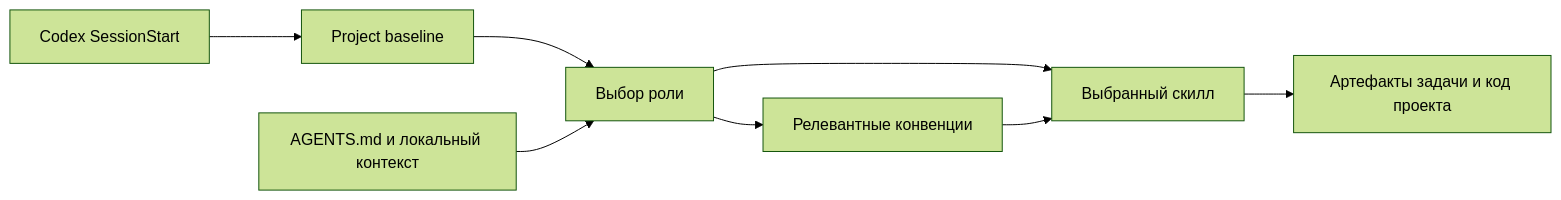
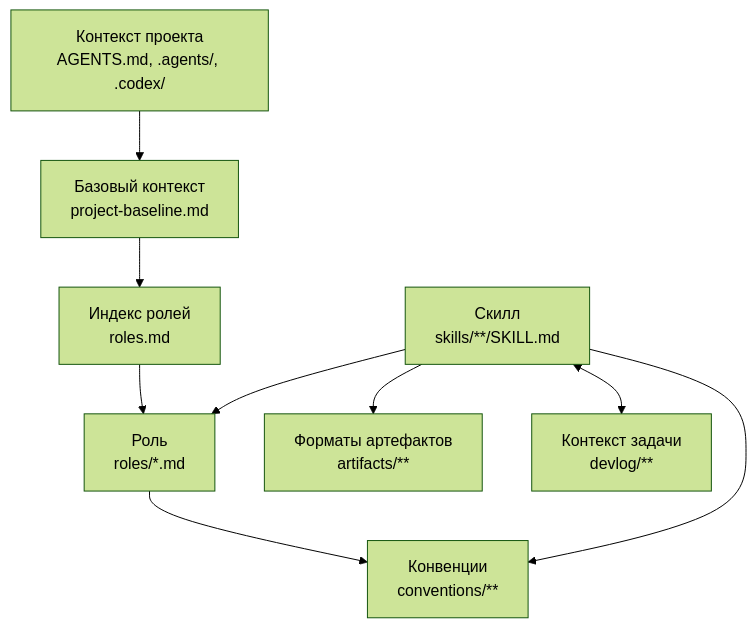
The diagram in README.md (ergonomic-code/dot-agents), drawn with Mermaid (forest theme) before and after one commit. The commit also changed other lines of this file, not shown here.

````diff
--- a/README.md
+++ b/README.md
@@ -124,10 +125,11 @@
 ```mermaid
-flowchart LR
-    Hook[Codex SessionStart] --> Baseline[Project baseline]
-    Baseline --> Role[Выбор роли]
-    Project[AGENTS.md и локальный контекст] --> Role
-    Role --> Conventions[Релевантные конвенции]
-    Role --> Skill[Выбранный скилл]
-    Conventions --> Skill
-    Skill --> Task[Артефакты задачи и код проекта]
+flowchart TD
+    Project[Контекст проекта<br/>AGENTS.md, .agents/, .codex/] --> Baseline[Базовый контекст<br/>project-baseline.md]
+    Baseline --> Roles[Индекс ролей<br/>roles.md]
+    Roles --> Role[Роль<br/>roles/*.md]
+    Role --> Conventions[Конвенции<br/>conventions/**]
+    Skill[Скилл<br/>skills/**/SKILL.md] --> Role
+    Skill --> Conventions
+    Skill --> Artifacts[Форматы артефактов<br/>artifacts/**]
+    Skill <--> Task[Контекст задачи<br/>devlog/**]
 ```
````
